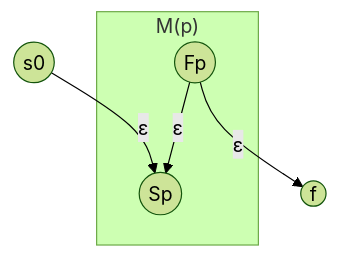
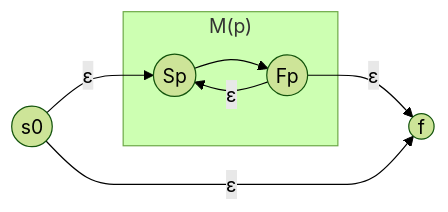
One commit to icewind2050/xdu_compiler changed the seventh of 13 diagrams in 编译原理.md. Above: the diagram before and after it, drawn with Mermaid (forest theme). The commit also changed other lines of this file, not shown here.

Commit message:
flowchart

````diff
--- a/编译原理.md
+++ b/编译原理.md
@@ -220,12 +220,14 @@
         ```mermaid
-        graph TD
+        flowchart LR
         D0((s0))
         D1((Sp))
         D2((Fp))
         D3((f))
-        subgraph "M(p)" 
+        subgraph "M(p)"
             D2-- ε -->D1
+            D1-->D2
         end
         D0-- ε -->D1
         D2-- ε -->D3
+        D0-- ε -->D3
         ```
````
